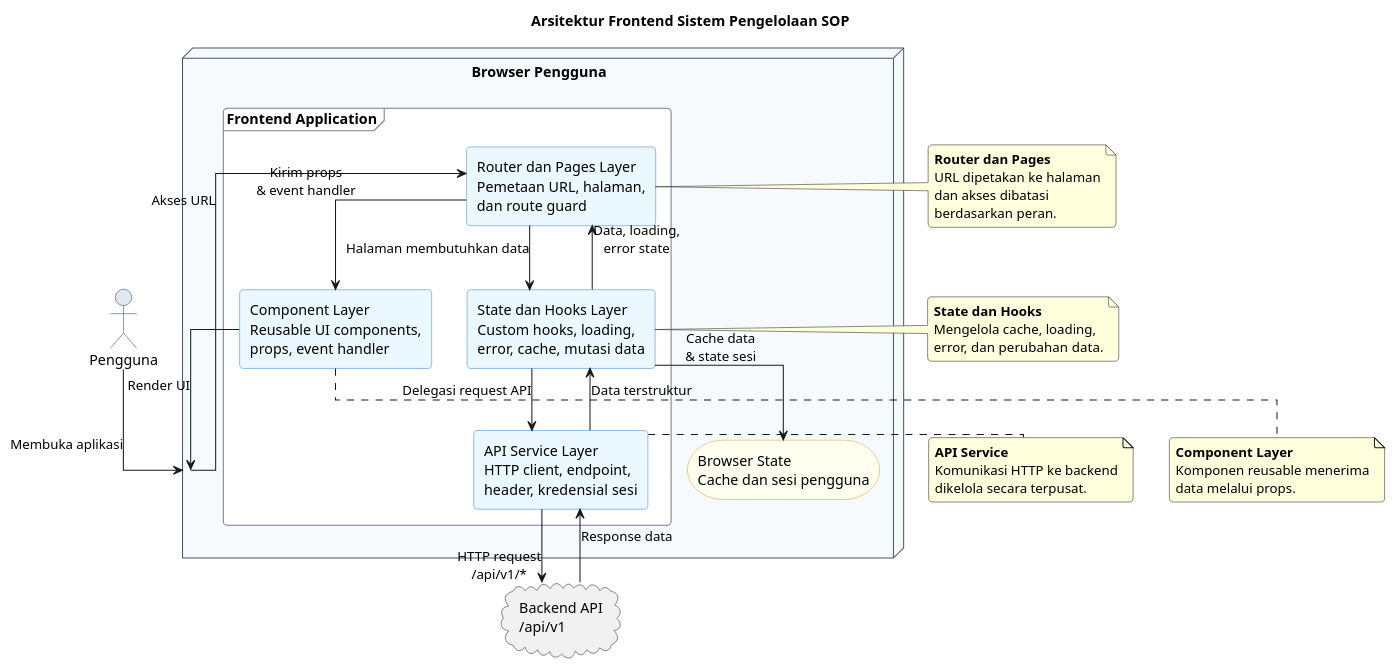
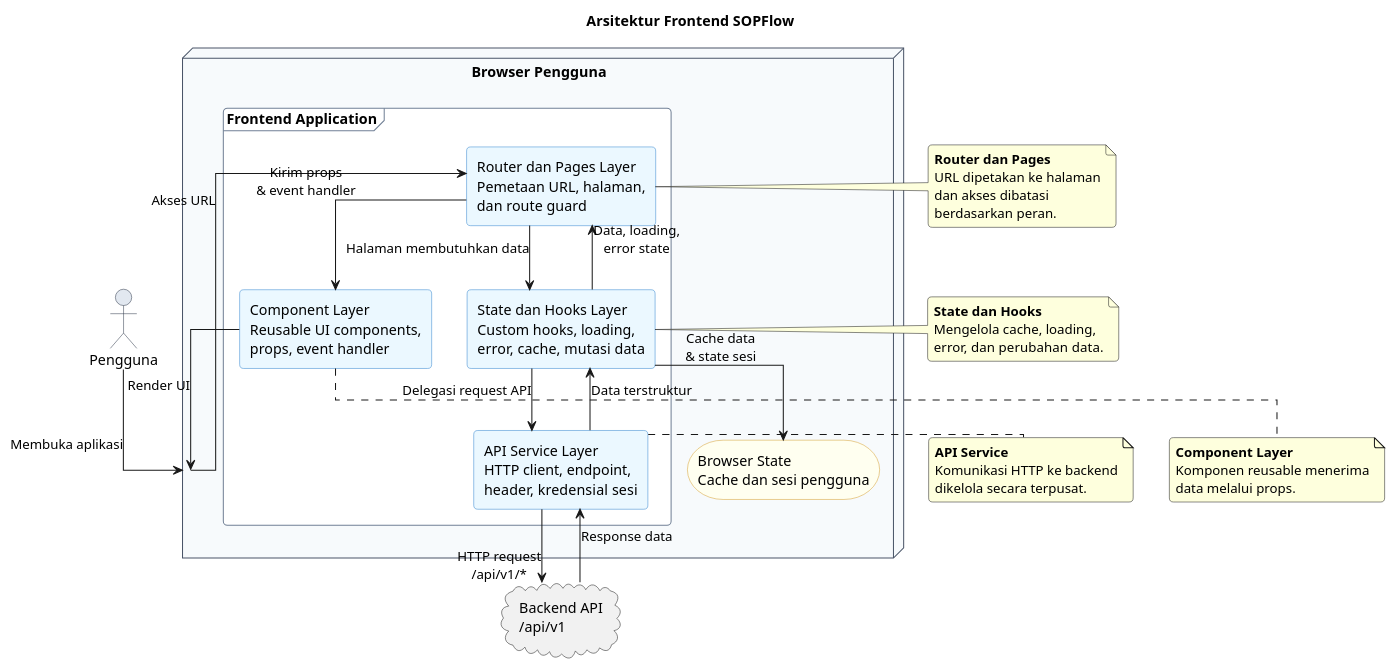
One commit to howlil/sop-generate-app changed the third of 3 diagrams in docs/arsitektur-sistem.md. Above: the diagram before and after it, drawn with PlantUML. The commit also changed other lines of this file and 271 other files, not shown here.

````diff
--- a/docs/arsitektur-sistem.md
+++ b/docs/arsitektur-sistem.md
@@ -342,6 +342,6 @@
 ```plantuml
 @startuml
-title Arsitektur Frontend Sistem Pengelolaan SOP
+title Arsitektur Frontend SOPFlow
 
 skinparam {
   componentStyle rectangle
````
